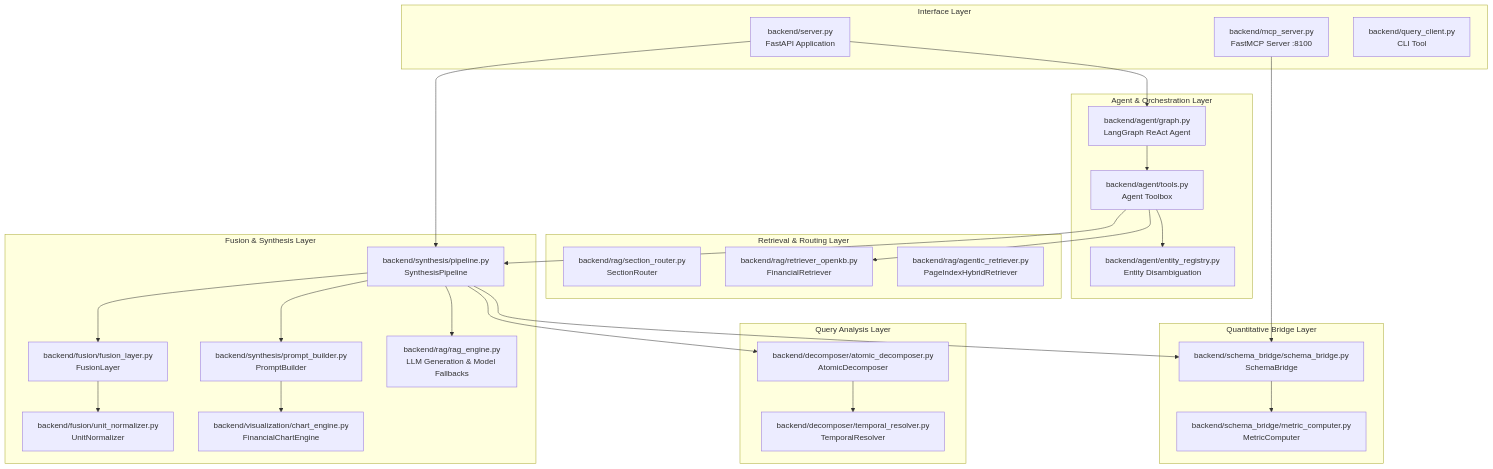
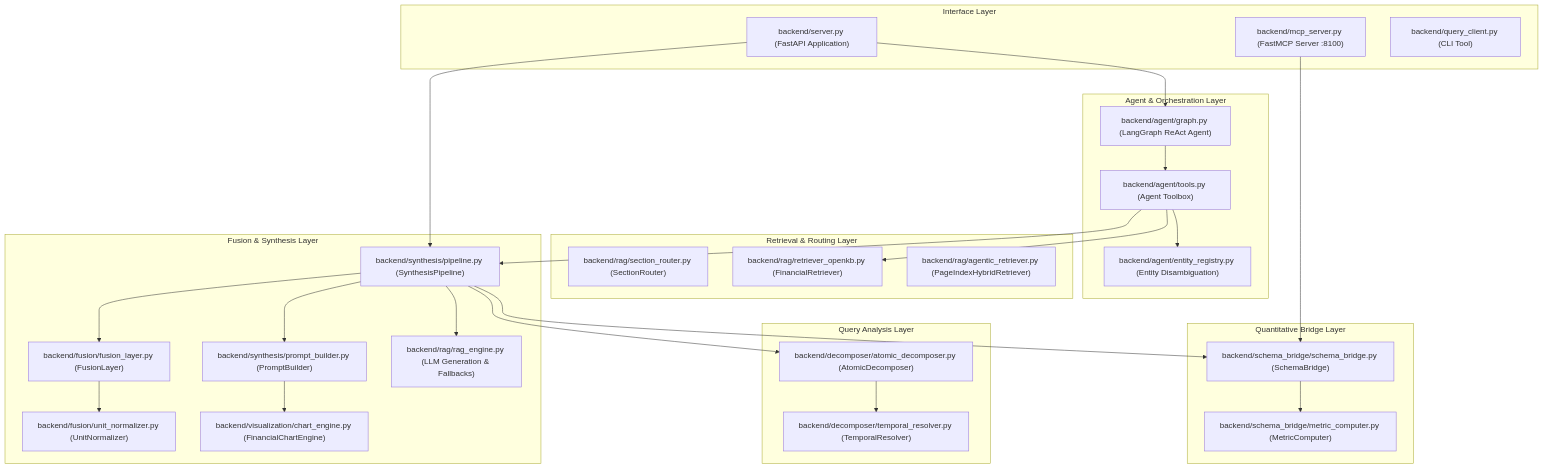
The first of 2 diagrams in docs/LLD.md (Import-Saurabh/Financial-Rag), drawn with Mermaid before and after one commit. The commit also changed 3 other files, not shown here.

Commit message:
fix(docs): quote Mermaid node labels and format charts for GitHub markdown rendering

````diff
--- a/docs/LLD.md
+++ b/docs/LLD.md
@@ -7,56 +7,56 @@
 ```mermaid
 flowchart TD
-    subgraph Ingestion_API [Interface Layer]
-        Server[backend/server.py\nFastAPI Application]
-        MCPServer[backend/mcp_server.py\nFastMCP Server :8100]
-        Client[backend/query_client.py\nCLI Tool]
+    subgraph Ingestion_API ["Interface Layer"]
+        Server["backend/server.py (FastAPI Application)"]
+        MCPServer["backend/mcp_server.py (FastMCP Server :8100)"]
+        Client["backend/query_client.py (CLI Tool)"]
     end
 
-    subgraph Agent_Core [Agent & Orchestration Layer]
-        Graph[backend/agent/graph.py\nLangGraph ReAct Agent]
-        Tools[backend/agent/tools.py\nAgent Toolbox]
-        Registry[backend/agent/entity_registry.py\nEntity Disambiguation]
+    subgraph Agent_Core ["Agent & Orchestration Layer"]
+        Graph["backend/agent/graph.py (LangGraph ReAct Agent)"]
+        Tools["backend/agent/tools.py (Agent Toolbox)"]
+        Registry["backend/agent/entity_registry.py (Entity Disambiguation)"]
     end
 
-    subgraph Decomposition [Query Analysis Layer]
-        Decomp[backend/decomposer/atomic_decomposer.py\nAtomicDecomposer]
-        Temporal[backend/decomposer/temporal_resolver.py\nTemporalResolver]
+    subgraph Decomposition ["Query Analysis Layer"]
+        Decomp["backend/decomposer/atomic_decomposer.py (AtomicDecomposer)"]
+        Temporal["backend/decomposer/temporal_resolver.py (TemporalResolver)"]
     end
 
-    subgraph Retrieval_Plane [Retrieval & Routing Layer]
-        SecRouter[backend/rag/section_router.py\nSectionRouter]
-        OpenKB[backend/rag/retriever_openkb.py\nFinancialRetriever]
-        AgenticRet[backend/rag/agentic_retriever.py\nPageIndexHybridRetriever]
+    subgraph Retrieval_Plane ["Retrieval & Routing Layer"]
+        SecRouter["backend/rag/section_router.py (SectionRouter)"]
+        OpenKB["backend/rag/retriever_openkb.py (FinancialRetriever)"]
+        AgenticRet["backend/rag/agentic_retriever.py (PageIndexHybridRetriever)"]
     end
 
-    subgraph Quantitative_Plane [Quantitative Bridge Layer]
-        Bridge[backend/schema_bridge/schema_bridge.py\nSchemaBridge]
-        Metrics[backend/schema_bridge/metric_computer.py\nMetricComputer]
+    subgraph Quantitative_Plane ["Quantitative Bridge Layer"]
+        Bridge["backend/schema_bridge/schema_bridge.py (SchemaBridge)"]
+        Metrics["backend/schema_bridge/metric_computer.py (MetricComputer)"]
     end
 
-    subgraph Fusion_Synthesis [Fusion & Synthesis Layer]
-        Fusion[backend/fusion/fusion_layer.py\nFusionLayer]
-        Norm[backend/fusion/unit_normalizer.py\nUnitNormalizer]
-        PBuilder[backend/synthesis/prompt_builder.py\nPromptBuilder]
-        Pipeline[backend/synthesis/pipeline.py\nSynthesisPipeline]
-        Charts[backend/visualization/chart_engine.py\nFinancialChartEngine]
-        RAGEngine[backend/rag/rag_engine.py\nLLM Generation & Model Fallbacks]
+    subgraph Fusion_Synthesis ["Fusion & Synthesis Layer"]
+        Fusion["backend/fusion/fusion_layer.py (FusionLayer)"]
+        Norm["backend/fusion/unit_normalizer.py (UnitNormalizer)"]
+        PBuilder["backend/synthesis/prompt_builder.py (PromptBuilder)"]
+        Pipeline["backend/synthesis/pipeline.py (SynthesisPipeline)"]
+        Charts["backend/visualization/chart_engine.py (FinancialChartEngine)"]
+        RAGEngine["backend/rag/rag_engine.py (LLM Generation & Fallbacks)"]
     end
 
     Server --> Graph
     Server --> Pipeline
     MCPServer --> Bridge
     Graph --> Tools
     Tools --> Registry
     Tools --> Pipeline
     Tools --> OpenKB
     Pipeline --> Decomp
     Pipeline --> Bridge
     Pipeline --> Fusion
     Pipeline --> PBuilder
     Pipeline --> RAGEngine
     Decomp --> Temporal
     Bridge --> Metrics
     Fusion --> Norm
     PBuilder --> Charts
 ```
````
